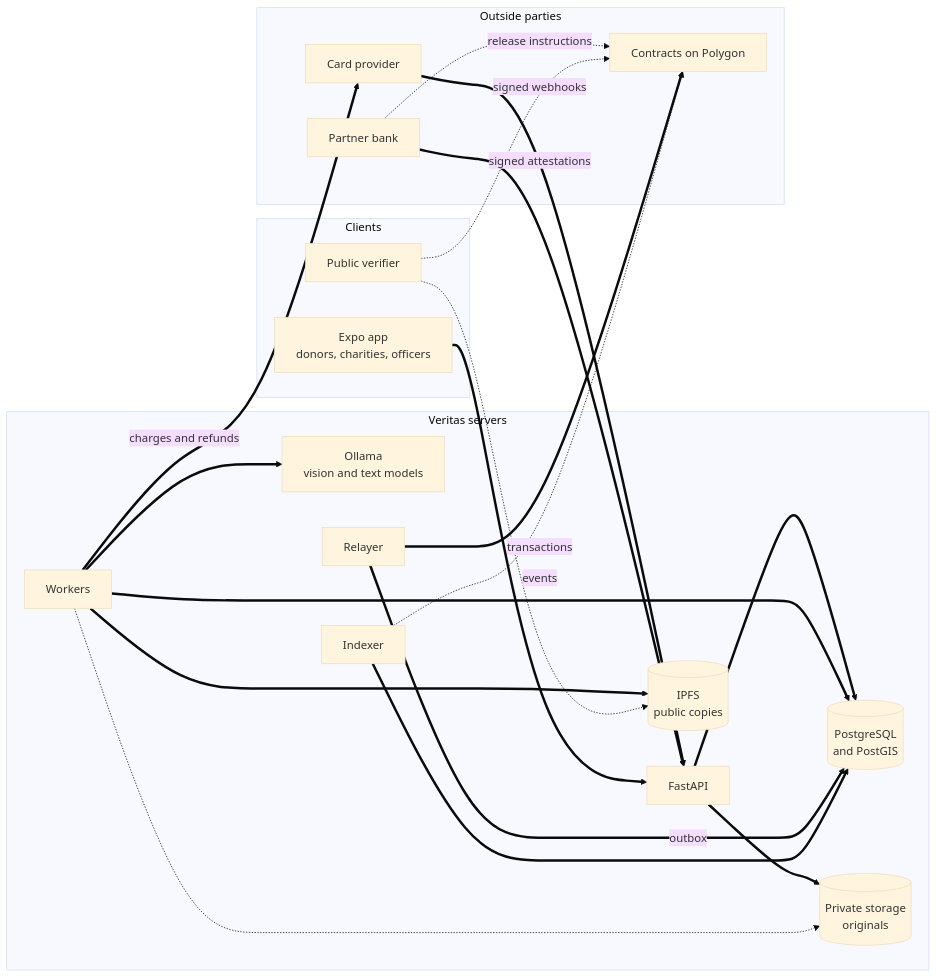
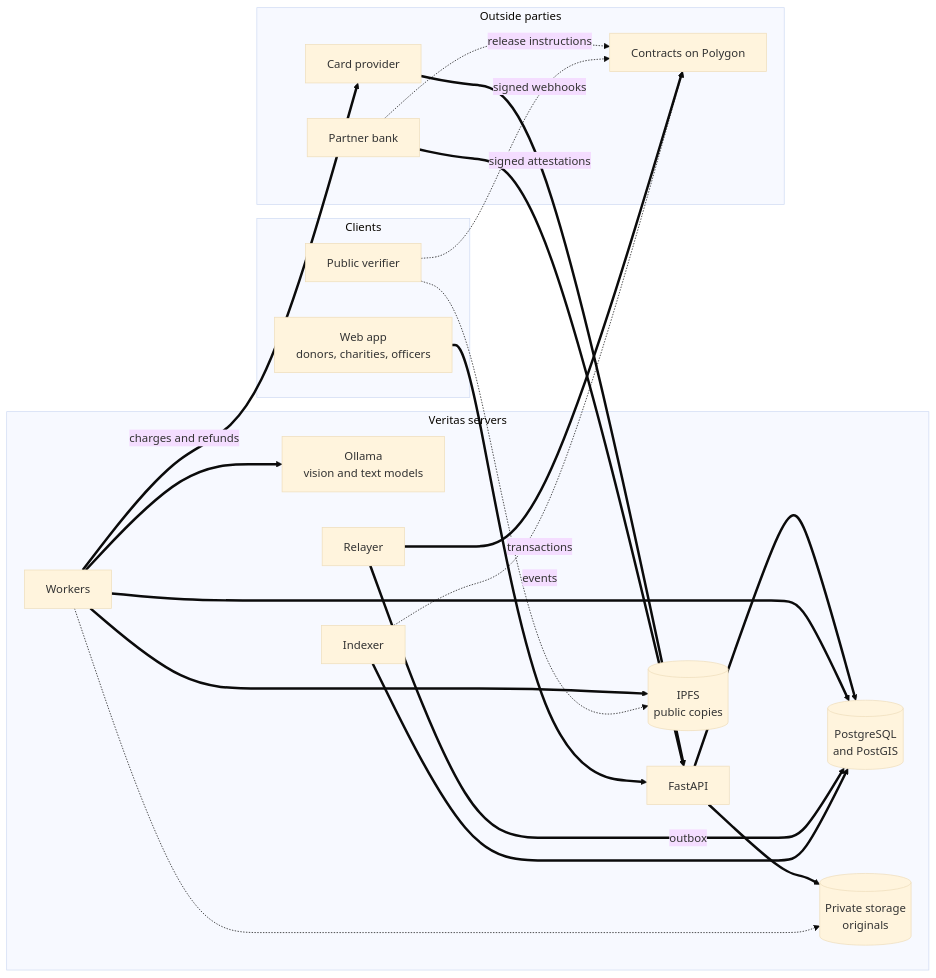
The first of 2 diagrams in ARCHITECTURE.md (eminroot/veritas), drawn with Mermaid (base theme) before and after one commit. The commit also changed other lines of this file and 3 other files, not shown here.

Commit message:
Architecture, roadmap and backend readmes for the web app

````diff
--- a/ARCHITECTURE.md
+++ b/ARCHITECTURE.md
@@ -16,39 +16,39 @@
 ```mermaid
 flowchart LR
   subgraph clients [Clients]
-    APP[Expo app<br/>donors, charities, officers]
+    APP[Web app<br/>donors, charities, officers]
     VER[Public verifier]
   end
   subgraph servers [Veritas servers]
     API[FastAPI]
     DB[(PostgreSQL<br/>and PostGIS)]
     WRK[Workers]
     AI[Ollama<br/>vision and text models]
     S3[(Private storage<br/>originals)]
     IPFS[(IPFS<br/>public copies)]
     REL[Relayer]
     IDX[Indexer]
   end
   subgraph outside [Outside parties]
     PSP[Card provider]
     BANK[Partner bank]
     CHAIN[Contracts on Polygon]
   end
   APP ==> API
   PSP ==>|signed webhooks| API
   BANK ==>|signed attestations| API
   API ==> DB
   API ==> S3
   WRK ==> DB
   WRK -.-> S3
   WRK ==> AI
   WRK ==> IPFS
   WRK ==>|charges and refunds| PSP
   REL ==>|outbox| DB
   REL ==>|transactions| CHAIN
   IDX -.->|events| CHAIN
   IDX ==> DB
   BANK -.->|release instructions| CHAIN
   VER -.-> CHAIN
   VER -.-> IPFS
 ```
````
